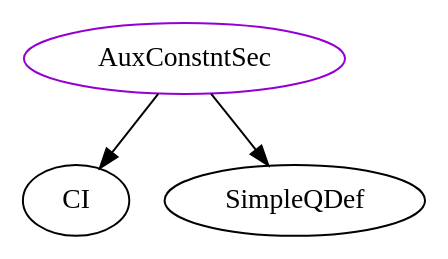
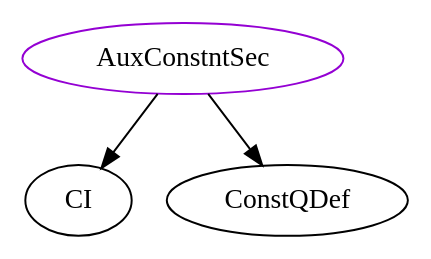
The diagram in analysis/TypeDependencyGraphs/docLang/AuxConstntSec.dot (JacquesCarette/Drasil), drawn with Graphviz before and after one commit. The commit also changed 984 other files, not shown here.

```diff
--- a/analysis/TypeDependencyGraphs/docLang/AuxConstntSec.dot
+++ b/analysis/TypeDependencyGraphs/docLang/AuxConstntSec.dot
@@ -1,5 +1,5 @@
 digraph auxconstntsec{
 AuxConstntSec	[shape=oval, color=darkviolet, label="AuxConstntSec"];
 AuxConstntSec -> CI;
-AuxConstntSec -> SimpleQDef;
+AuxConstntSec -> ConstQDef;
 }
```
